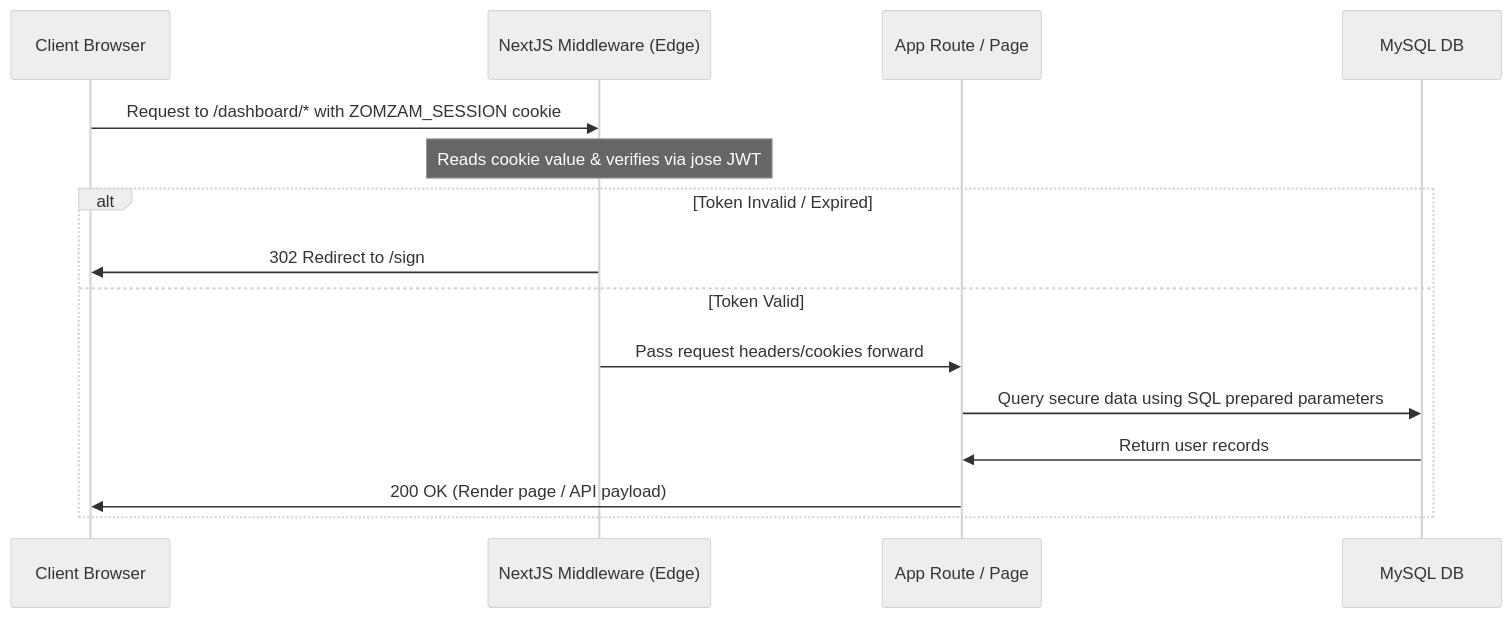
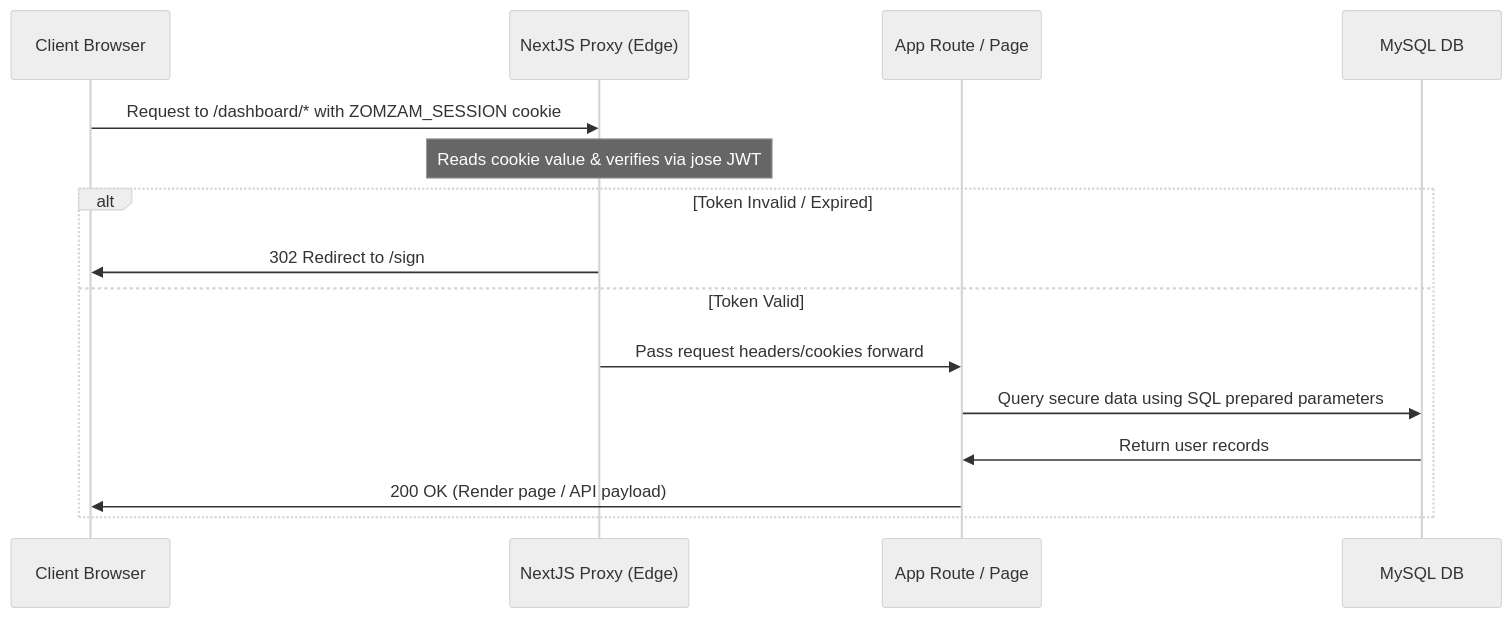
The first of 2 diagrams in README.md (sanfor2004/zomzam), drawn with Mermaid (neutral theme) before and after one commit. The commit also changed other lines of this file and 1 other file, not shown here.

First line of the commit message:
chore: migrate middleware.ts to proxy.ts per Next.js convention

````diff
--- a/README.md
+++ b/README.md
@@ -166,18 +166,18 @@
 ```mermaid
 sequenceDiagram
     participant User as Client Browser
-    participant MW as NextJS Middleware (Edge)
+    participant MW as NextJS Proxy (Edge)
     participant Route as App Route / Page
     participant DB as MySQL DB
 
     User->>MW: Request to /dashboard/* with ZOMZAM_SESSION cookie
     Note over MW: Reads cookie value & verifies via jose JWT
     alt Token Invalid / Expired
         MW->>User: 302 Redirect to /sign
     else Token Valid
         MW->>Route: Pass request headers/cookies forward
         Route->>DB: Query secure data using SQL prepared parameters
         DB->>Route: Return user records
         Route->>User: 200 OK (Render page / API payload)
     end
 ```
````
